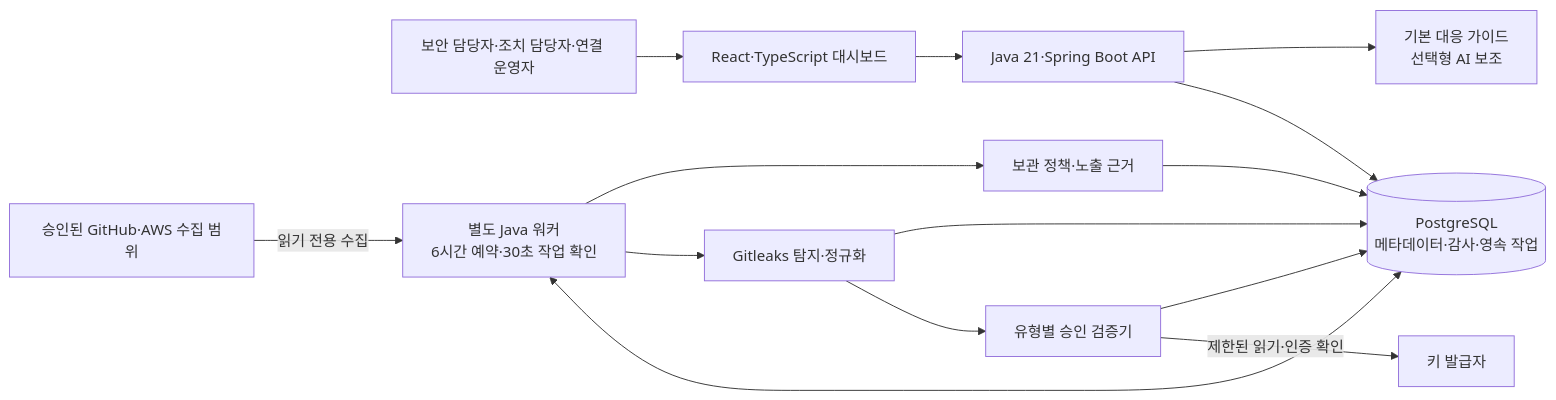
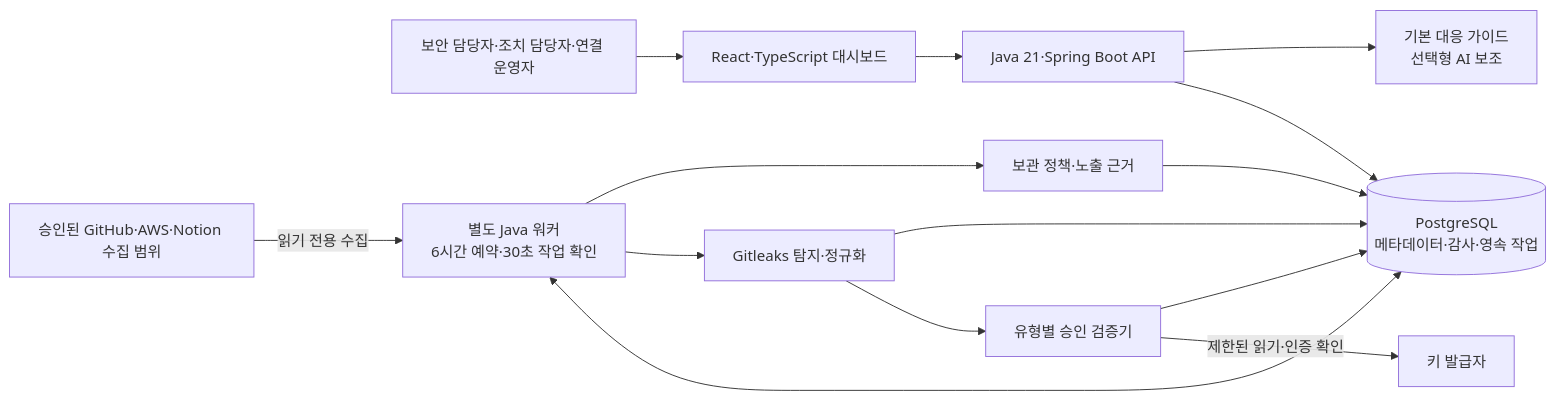
One commit to Logssey/security-solution-docs changed the diagram in secret-management/03-architecture/system-overview.md. Above: the diagram before and after it, drawn with Mermaid. The commit also changed other lines of this file and 3 other files, not shown here.

````diff
--- a/secret-management/03-architecture/system-overview.md
+++ b/secret-management/03-architecture/system-overview.md
@@ -7,19 +7,19 @@
 ```mermaid
 flowchart LR
   U[보안 담당자·조치 담당자·연결 운영자] --> UI[React·TypeScript 대시보드]
   UI --> API[Java 21·Spring Boot API]
   API --> DB[(PostgreSQL
 메타데이터·감사·영속 작업)]
   W[별도 Java 워커
 6시간 예약·30초 작업 확인] <--> DB
-  G[승인된 GitHub·AWS 수집 범위] -->|읽기 전용 수집| W
+  G[승인된 GitHub·AWS·Notion 수집 범위] -->|읽기 전용 수집| W
   W --> D[Gitleaks 탐지·정규화]
   D --> V[유형별 승인 검증기]
   V -->|제한된 읽기·인증 확인| I[키 발급자]
   D --> DB
   V --> DB
   W --> P[보관 정책·노출 근거]
   P --> DB
   API --> GUIDE[기본 대응 가이드
 선택형 AI 보조]
 ```
````
